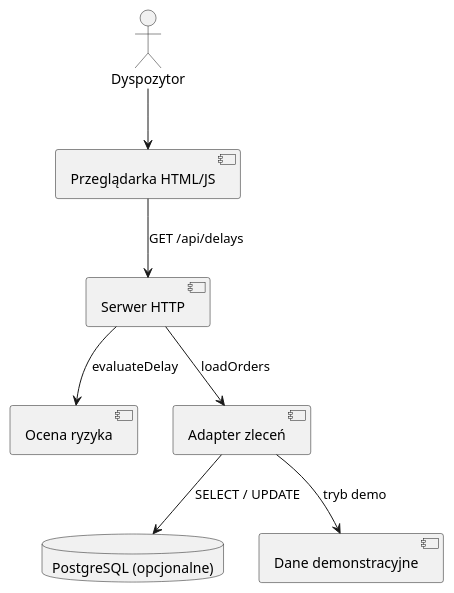
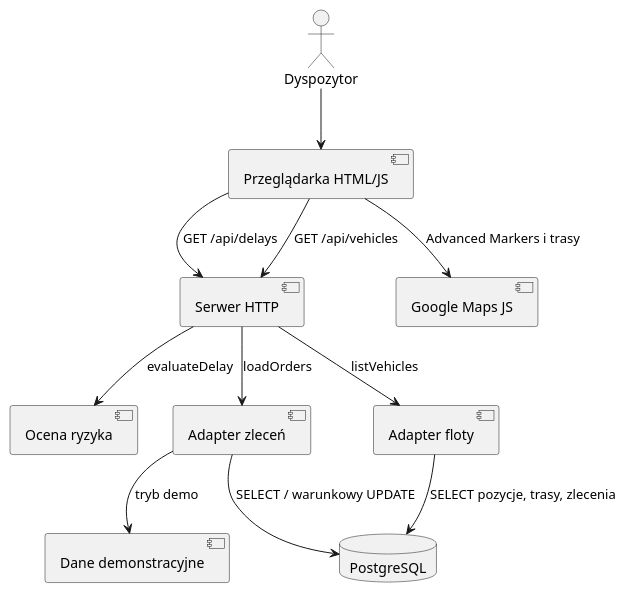
One commit to nossixd/5f-outpost changed the first of 8 diagrams in docs/architektura.md. Above: the diagram before and after it, drawn with PlantUML. The commit also changed other lines of this file and 30 other files, not shown here.

Commit message:
Implementacja FR-01, monitoring floty, google maps

````diff
--- a/docs/architektura.md
+++ b/docs/architektura.md
@@ -21,17 +50,23 @@
 ```plantuml
 @startuml
 actor Dyspozytor
 component "Przeglądarka HTML/JS" as UI
 component "Serwer HTTP" as API
 component "Ocena ryzyka" as Risk
 component "Adapter zleceń" as Adapter
-database "PostgreSQL (opcjonalne)" as DB
+component "Adapter floty" as Fleet
+component "Google Maps JS" as Maps
+database "PostgreSQL" as DB
 component "Dane demonstracyjne" as Demo
 Dyspozytor --> UI
 UI --> API : GET /api/delays
 API --> Risk : evaluateDelay
 API --> Adapter : loadOrders
-Adapter --> DB : SELECT / UPDATE
+Adapter --> DB : SELECT / warunkowy UPDATE
 Adapter --> Demo : tryb demo
+UI --> API : GET /api/vehicles
+API --> Fleet : listVehicles
+Fleet --> DB : SELECT pozycje, trasy, zlecenia
+UI --> Maps : Advanced Markers i trasy
 @enduml
 ```
````
